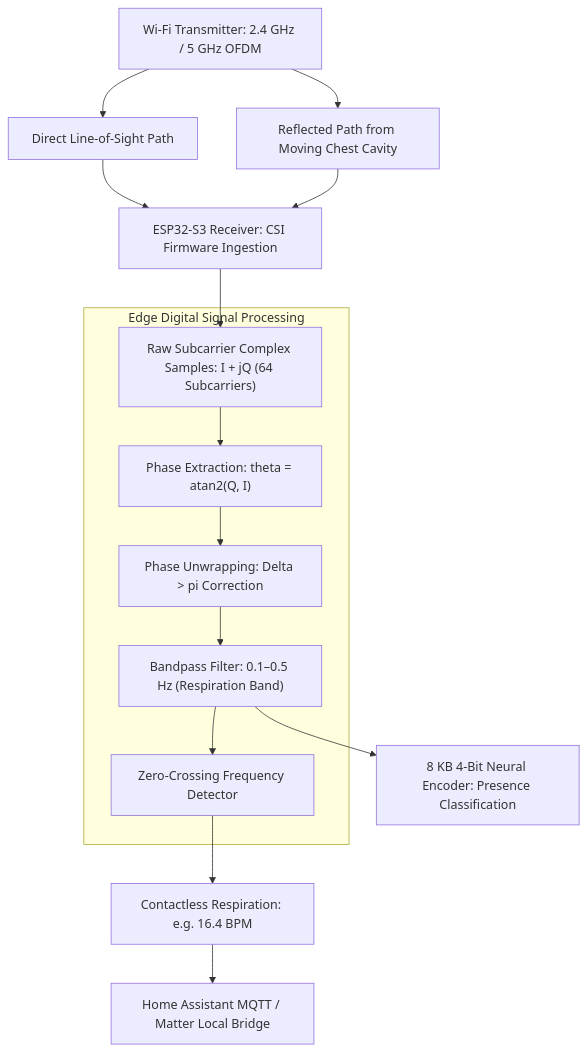
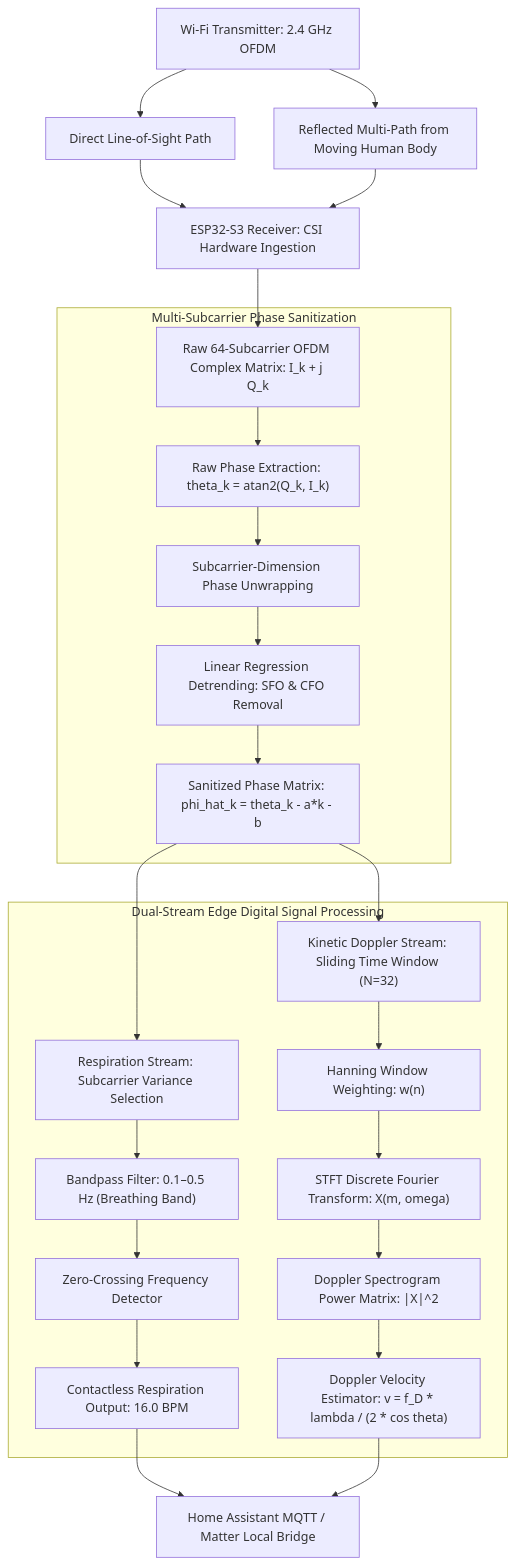
The diagram in docs/learning-paths/07-p2p-mesh-and-edge-rf-sensing/03-wifi-sensing-and-csi-signal-processing.md (MasterZ1311/Dev-AURA), drawn with Mermaid before and after one commit. The commit also changed other lines of this file and 48 other files, not shown here.

````diff
--- a/docs/learning-paths/07-p2p-mesh-and-edge-rf-sensing/03-wifi-sensing-and-csi-signal-processing.md
+++ b/docs/learning-paths/07-p2p-mesh-and-edge-rf-sensing/03-wifi-sensing-and-csi-signal-processing.md
@@ -35,19 +48,31 @@
 ```mermaid
 graph TD
-    Router[Wi-Fi Transmitter: 2.4 GHz / 5 GHz OFDM] --> DirectPath[Direct Line-of-Sight Path]
-    Router --> ReflectedPath[Reflected Path from Moving Chest Cavity]
+    Router[Wi-Fi Transmitter: 2.4 GHz OFDM] --> DirectPath[Direct Line-of-Sight Path]
+    Router --> ReflectedPath[Reflected Multi-Path from Moving Human Body]
     
-    DirectPath & ReflectedPath --> ESP32[ESP32-S3 Receiver: CSI Firmware Ingestion]
-    ESP32 --> RawIQ["Raw Subcarrier Complex Samples: I + jQ (64 Subcarriers)"]
+    DirectPath & ReflectedPath --> ESP32[ESP32-S3 Receiver: CSI Hardware Ingestion]
+    ESP32 --> RawMatrix["Raw 64-Subcarrier OFDM Complex Matrix: I_k + j Q_k"]
     
-    subgraph Edge Digital Signal Processing
-        RawIQ --> PhaseCalc["Phase Extraction: theta = atan2(Q, I)"]
-        PhaseCalc --> Unwrap["Phase Unwrapping: Delta > pi Correction"]
-        Unwrap --> Bandpass["Bandpass Filter: 0.1–0.5 Hz (Respiration Band)"]
-        Bandpass --> BPMCalc["Zero-Crossing Frequency Detector"]
+    subgraph Multi-Subcarrier Phase Sanitization
+        RawMatrix --> PhaseCalc["Raw Phase Extraction: theta_k = atan2(Q_k, I_k)"]
+        PhaseCalc --> UnwrapSubcarrier["Subcarrier-Dimension Phase Unwrapping"]
+        UnwrapSubcarrier --> LinearFit["Linear Regression Detrending: SFO & CFO Removal"]
+        LinearFit --> SanitizedPhase["Sanitized Phase Matrix: phi_hat_k = theta_k - a*k - b"]
     end
     
-    BPMCalc --> VitalsMetrics["Contactless Respiration: e.g. 16.4 BPM"]
-    Bandpass --> QuantizedEncoder["8 KB 4-Bit Neural Encoder: Presence Classification"]
-    VitalsMetrics --> SovereignBridge["Home Assistant MQTT / Matter Local Bridge"]
+    subgraph Dual-Stream Edge Digital Signal Processing
+        SanitizedPhase --> RespirationStream["Respiration Stream: Subcarrier Variance Selection"]
+        RespirationStream --> BandpassFilter["Bandpass Filter: 0.1–0.5 Hz (Breathing Band)"]
+        BandpassFilter --> ZeroCrossing["Zero-Crossing Frequency Detector"]
+        ZeroCrossing --> VitalsBPM["Contactless Respiration Output: 16.0 BPM"]
+        
+        SanitizedPhase --> DopplerStream["Kinetic Doppler Stream: Sliding Time Window (N=32)"]
+        DopplerStream --> HanningWindow["Hanning Window Weighting: w(n)"]
+        HanningWindow --> STFTEngine["STFT Discrete Fourier Transform: X(m, omega)"]
+        STFTEngine --> Spectrogram["Doppler Spectrogram Power Matrix: |X|^2"]
+        Spectrogram --> VelocitySolver["Doppler Velocity Estimator: v = f_D * lambda / (2 * cos theta)"]
+    end
+    
+    VitalsBPM --> LocalBridge["Home Assistant MQTT / Matter Local Bridge"]
+    VelocitySolver --> LocalBridge
 ```
````
